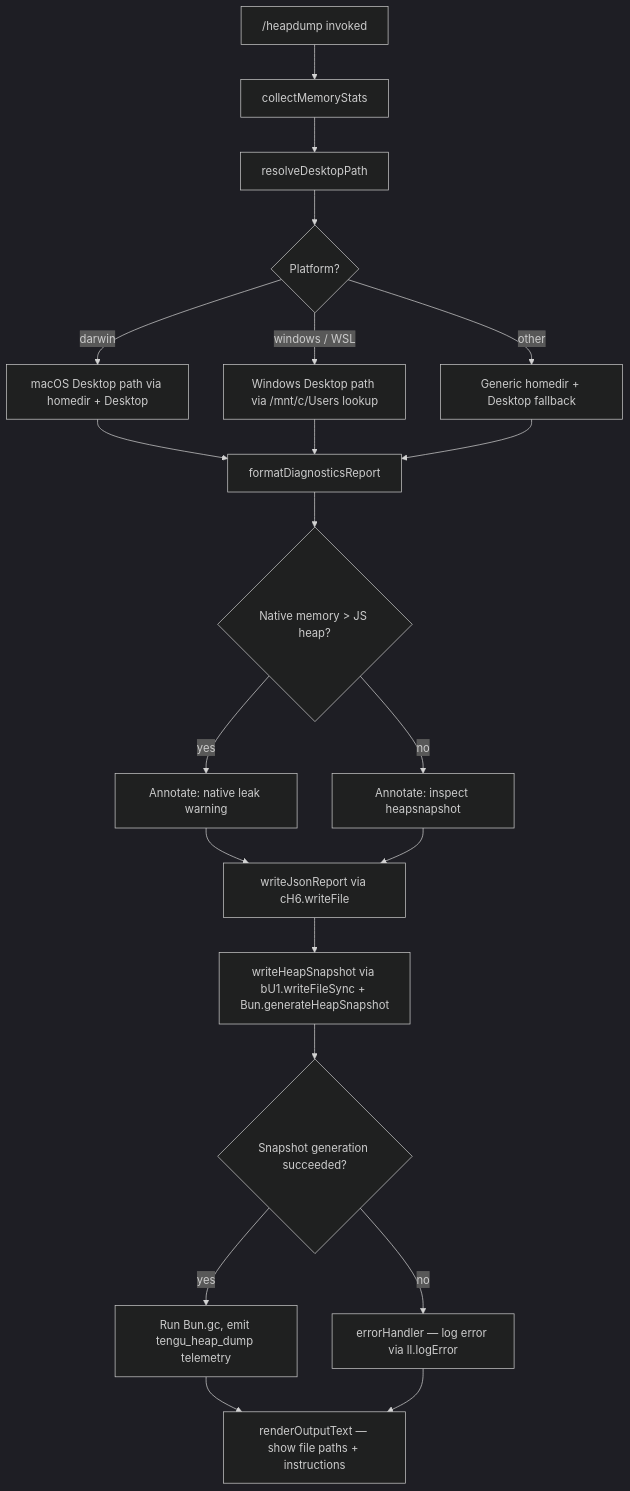
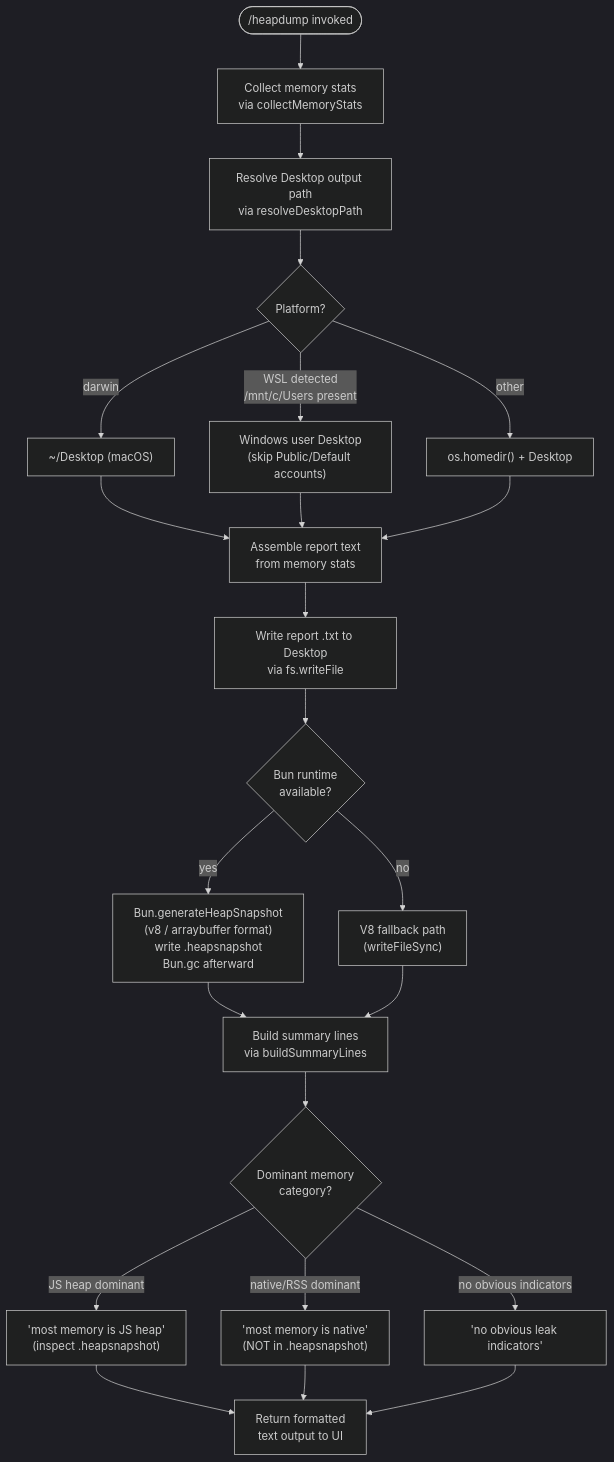
The diagram in versions/v2.1.152/heapdump.md (MyLittleLuckyDog/cc-gnothi), drawn with Mermaid (dark theme) before and after one commit. The commit also changed other lines of this file and 593 other files, not shown here.

````diff
--- a/versions/v2.1.152/heapdump.md
+++ b/versions/v2.1.152/heapdump.md
@@ -48,20 +56,28 @@
 ```mermaid
 flowchart TD
-    A["/heapdump invoked"] --> B[collectMemoryStats]
-    B --> C[resolveDesktopPath]
+    A(["/heapdump invoked"]) --> B[Collect memory stats\nvia collectMemoryStats]
+
+    B --> C[Resolve Desktop output path\nvia resolveDesktopPath]
+
     C --> D{Platform?}
-    D -->|darwin| E[macOS Desktop path via homedir + Desktop]
-    D -->|windows / WSL| F[Windows Desktop path via /mnt/c/Users lookup]
-    D -->|other| G[Generic homedir + Desktop fallback]
-    E & F & G --> H[formatDiagnosticsReport]
-    H --> I{Native memory > JS heap?}
-    I -->|yes| J[Annotate: native leak warning]
-    I -->|no| K[Annotate: inspect heapsnapshot]
-    J & K --> L[writeJsonReport via cH6.writeFile]
-    L --> M[writeHeapSnapshot via bU1.writeFileSync + Bun.generateHeapSnapshot]
-    M --> N{Snapshot generation succeeded?}
-    N -->|yes| O[Run Bun.gc, emit tengu_heap_dump telemetry]
-    N -->|no| P[errorHandler — log error via ll.logError]
-    O --> Q[renderOutputText — show file paths + instructions]
-    P --> Q
+    D -->|darwin| E["~/Desktop (macOS)"]
+    D -->|WSL detected\n/mnt/c/Users present| F["Windows user Desktop\n(skip Public/Default accounts)"]
+    D -->|other| G["os.homedir() + Desktop"]
+
+    E & F & G --> H[Assemble report text\nfrom memory stats]
+
+    H --> I[Write report .txt to Desktop\nvia fs.writeFile]
+
+    I --> J{Bun runtime\navailable?}
+    J -->|yes| K["Bun.generateHeapSnapshot\n(v8 / arraybuffer format)\nwrite .heapsnapshot\nBun.gc afterward"]
+    J -->|no| L["V8 fallback path\n(writeFileSync)"]
+
+    K & L --> M[Build summary lines\nvia buildSummaryLines]
+
+    M --> N{Dominant memory\ncategory?}
+    N -->|JS heap dominant| O["'most memory is JS heap'\n(inspect .heapsnapshot)"]
+    N -->|native/RSS dominant| P["'most memory is native'\n(NOT in .heapsnapshot)"]
+    N -->|no obvious indicators| Q["'no obvious leak indicators'"]
+
+    O & P & Q --> R[Return formatted\ntext output to UI]
 ```
````
